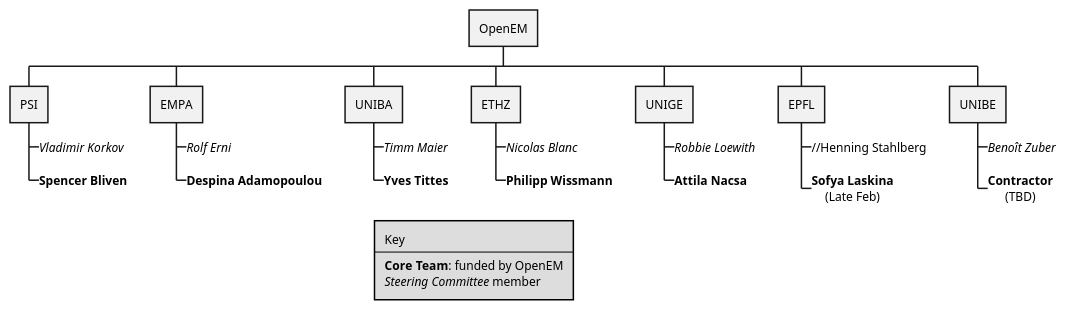
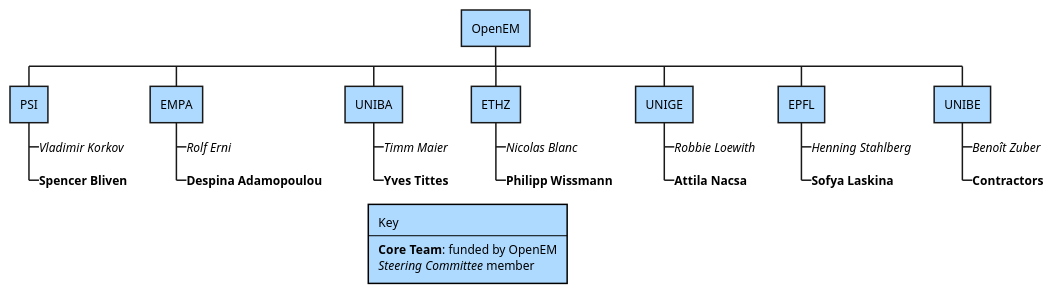
One commit to SwissOpenEM/openem-docs changed the first of 8 diagrams in docs/OpenEM Org Charts.md. Above: the diagram before and after it, drawn with PlantUML. The commit also changed other lines of this file, not shown here.

Commit message:
Update org charts

````diff
--- a/docs/OpenEM Org Charts.md
+++ b/docs/OpenEM Org Charts.md
@@ -2,48 +3,52 @@
 ```plantuml
 @startwbs 
 <style> 
 node {
     HorizontalAlignment center
+    BackGroundColor #AFDAFF
 }
 wbsDiagram {
   .newpos {
       FontColor red
       FontStyle bold
   }
+}
+legend {
+    BackGroundColor #AFDAFF
 }
 </style>
 
 + OpenEM
 ++ PSI
 +++_ //Vladimir Korkov//
 +++_ **Spencer Bliven**
 ++ EMPA
 +++_ //Rolf Erni//
 +++_ **Despina Adamopoulou**
 ++ UNIBA
 +++_ //Timm Maier//
 +++_ **Yves Tittes**
 ++ ETHZ
 +++_ //Nicolas Blanc//
 +++_ **Philipp Wissmann**
 ++ UNIGE
 +++_ //Robbie Loewith//
 +++_ **Attila Nacsa**
 ++ EPFL
-+++_ //Henning Stahlberg
-+++_ **Sofya Laskina**\n(Late Feb)
++++_ //Henning Stahlberg//
++++_ **Sofya Laskina**
 ++ UNIBE
 +++_ //Benoît Zuber//
-+++_ **Contractor**\n(TBD)
++++_ **Contractors**
 
 
 
 legend
 Key
 ----
 **Core Team**: funded by OpenEM
 //Steering Committee// member
 endlegend
 @endwbs
 
 ```
````
